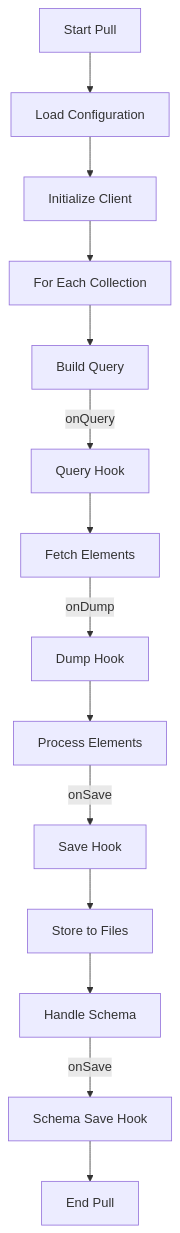
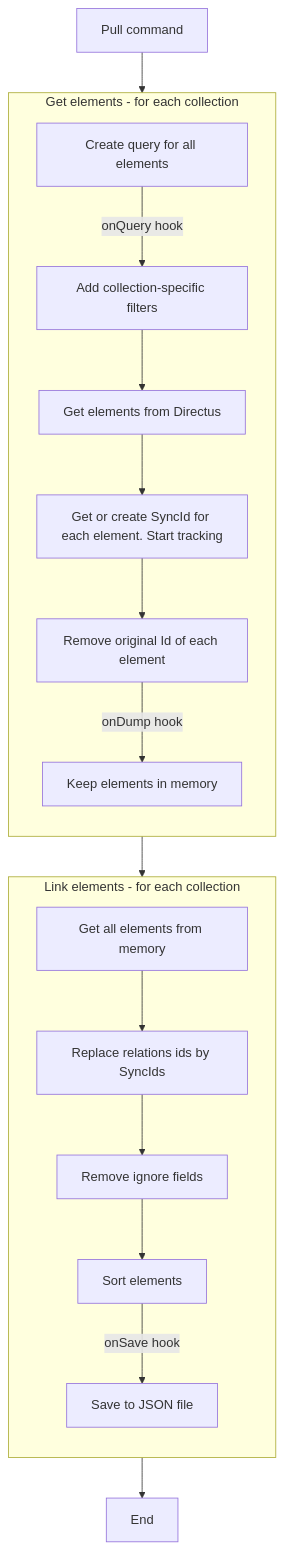
The diagram in website/docs/core-concepts/synchronization-process.md (tractr/directus-sync), drawn with Mermaid before and after one commit. The commit also changed other lines of this file and 2 other files, not shown here.

Commit message:
feat: enable mermaid diagrams

````diff
--- a/website/docs/core-concepts/synchronization-process.md
+++ b/website/docs/core-concepts/synchronization-process.md
@@ -17,16 +18,21 @@
 ```mermaid
-flowchart TB
-    Start[Start Pull] --> Config[Load Configuration]
-    Config --> Client[Initialize Client]
-    Client --> Collections[For Each Collection]
-    Collections --> Query[Build Query]
-    Query --> |onQuery| QueryHook[Query Hook]
-    QueryHook --> Fetch[Fetch Elements]
-    Fetch --> |onDump| DumpHook[Dump Hook]
-    DumpHook --> Process[Process Elements]
-    Process --> |onSave| SaveHook[Save Hook]
-    SaveHook --> Store[Store to Files]
-    Store --> Schema[Handle Schema]
-    Schema --> |onSave| SchemaHook[Schema Save Hook]
-    SchemaHook --> End[End Pull]
+flowchart
+subgraph Pull[Get elements - for each collection]
+direction TB
+B[Create query for all elements]
+-->|onQuery hook|C[Add collection-specific filters]
+--> D[Get elements from Directus]
+--> E[Get or create SyncId for each element. Start tracking]
+--> F[Remove original Id of each element]
+-->|onDump hook|G[Keep elements in memory]
+end
+subgraph Post[Link elements - for each collection]
+direction TB
+H[Get all elements from memory]
+--> I[Replace relations ids by SyncIds]
+--> J[Remove ignore fields]
+--> K[Sort elements]
+-->|onSave hook|L[Save to JSON file]
+end
+A[Pull command] --> Pull --> Post --> Z[End]
 ```
````
